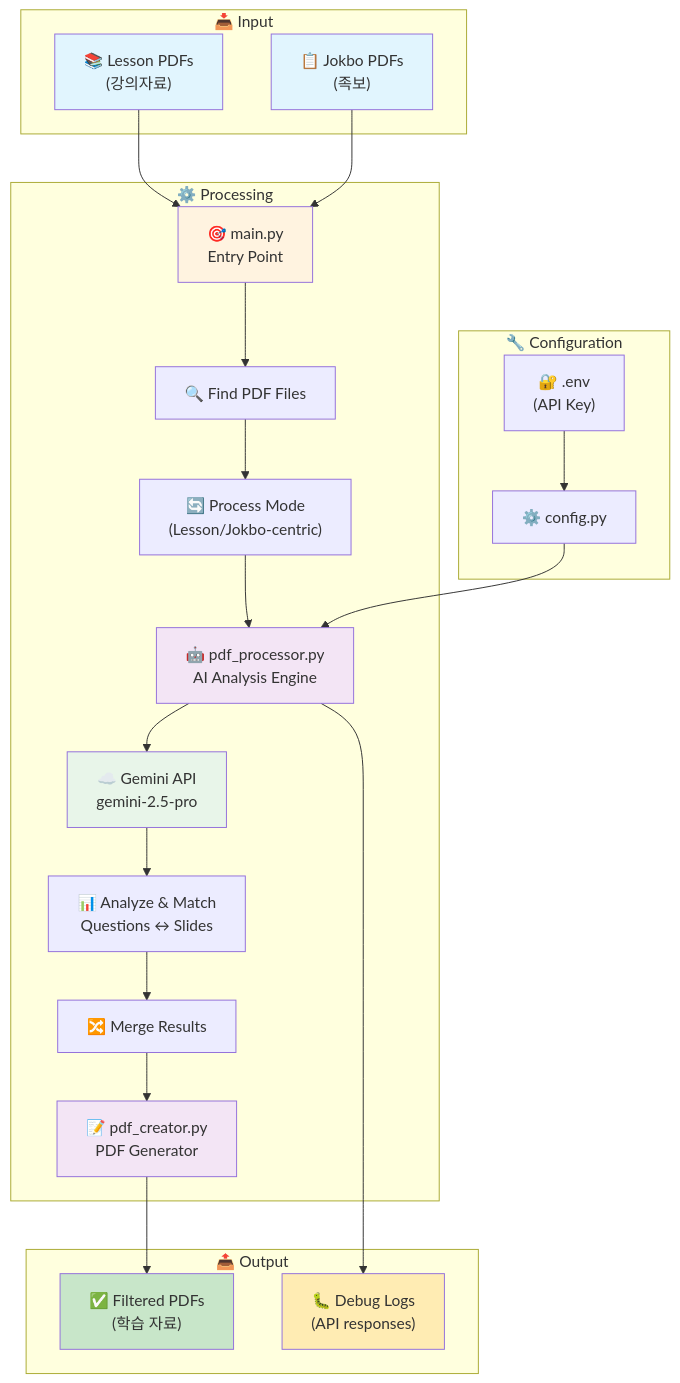
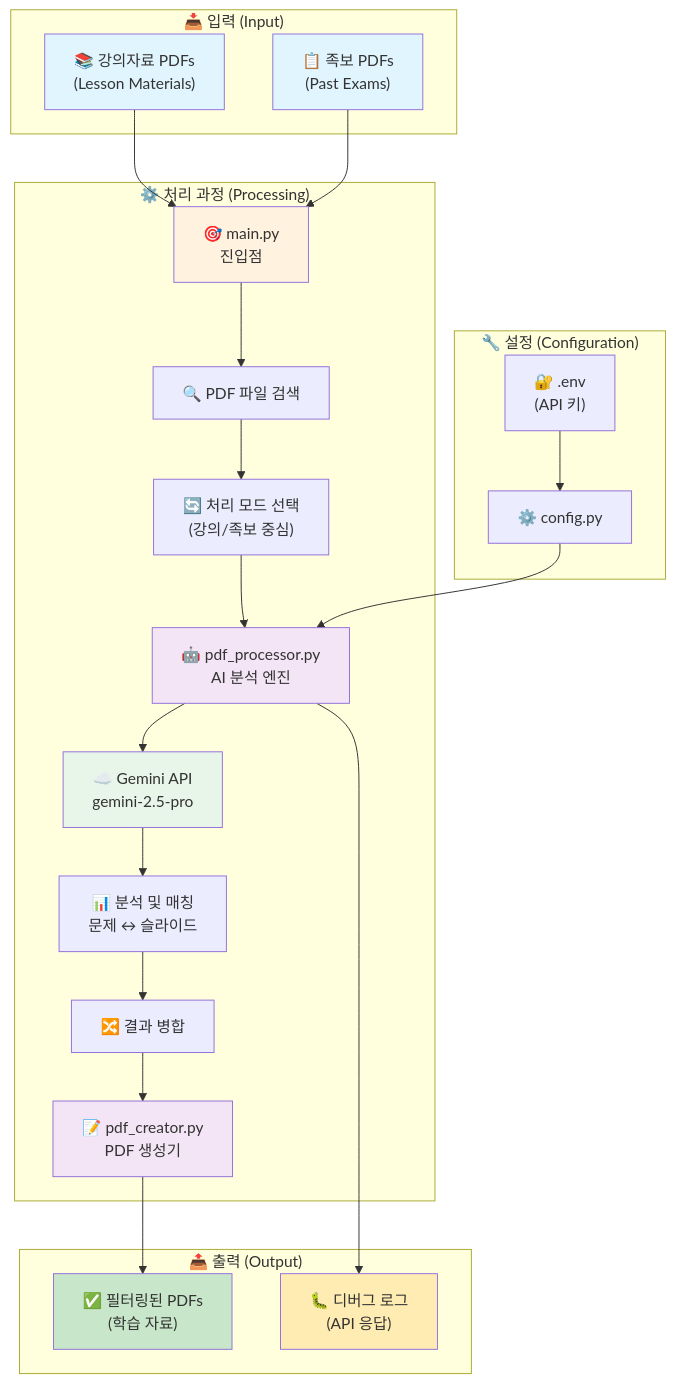
Before and after one commit to ksw6895/jokbodude: the first of 4 diagrams in architecture.md, drawn with Mermaid. The commit also changed other lines of this file and 1 other file, not shown here.

````diff
--- a/architecture.md
+++ b/architecture.md
@@ -5,52 +5,52 @@
 ```mermaid
 graph TD
-    subgraph "📥 Input"
-        A1["📚 Lesson PDFs<br/>(강의자료)"]
-        A2["📋 Jokbo PDFs<br/>(족보)"]
+    subgraph "📥 입력 (Input)"
+        A1["📚 강의자료 PDFs<br/>(Lesson Materials)"]
+        A2["📋 족보 PDFs<br/>(Past Exams)"]
     end
     
-    subgraph "⚙️ Processing"
-        B["🎯 main.py<br/>Entry Point"] 
-        C["🔍 Find PDF Files"]
-        D["🔄 Process Mode<br/>(Lesson/Jokbo-centric)"]
-        E["🤖 pdf_processor.py<br/>AI Analysis Engine"]
+    subgraph "⚙️ 처리 과정 (Processing)"
+        B["🎯 main.py<br/>진입점"] 
+        C["🔍 PDF 파일 검색"]
+        D["🔄 처리 모드 선택<br/>(강의/족보 중심)"]
+        E["🤖 pdf_processor.py<br/>AI 분석 엔진"]
         F["☁️ Gemini API<br/>gemini-2.5-pro"]
-        G["📊 Analyze & Match<br/>Questions ↔ Slides"]
-        H["🔀 Merge Results"]
-        I["📝 pdf_creator.py<br/>PDF Generator"]
+        G["📊 분석 및 매칭<br/>문제 ↔ 슬라이드"]
+        H["🔀 결과 병합"]
+        I["📝 pdf_creator.py<br/>PDF 생성기"]
     end
     
-    subgraph "📤 Output"
-        J["✅ Filtered PDFs<br/>(학습 자료)"]
-        K["🐛 Debug Logs<br/>(API responses)"]
+    subgraph "📤 출력 (Output)"
+        J["✅ 필터링된 PDFs<br/>(학습 자료)"]
+        K["🐛 디버그 로그<br/>(API 응답)"]
     end
     
-    subgraph "🔧 Configuration"
+    subgraph "🔧 설정 (Configuration)"
         L["⚙️ config.py"]
-        M["🔐 .env<br/>(API Key)"]
+        M["🔐 .env<br/>(API 키)"]
     end
     
     A1 --> B
     A2 --> B
     B --> C
     C --> D
     D --> E
     E --> F
     F --> G
     G --> H
     H --> I
     I --> J
     E --> K
     
     M --> L
     L --> E
     
     style A1 fill:#e1f5fe
     style A2 fill:#e1f5fe
     style B fill:#fff3e0
     style E fill:#f3e5f5
     style F fill:#e8f5e9
     style I fill:#f3e5f5
     style J fill:#c8e6c9
     style K fill:#ffecb3
 ```
````
